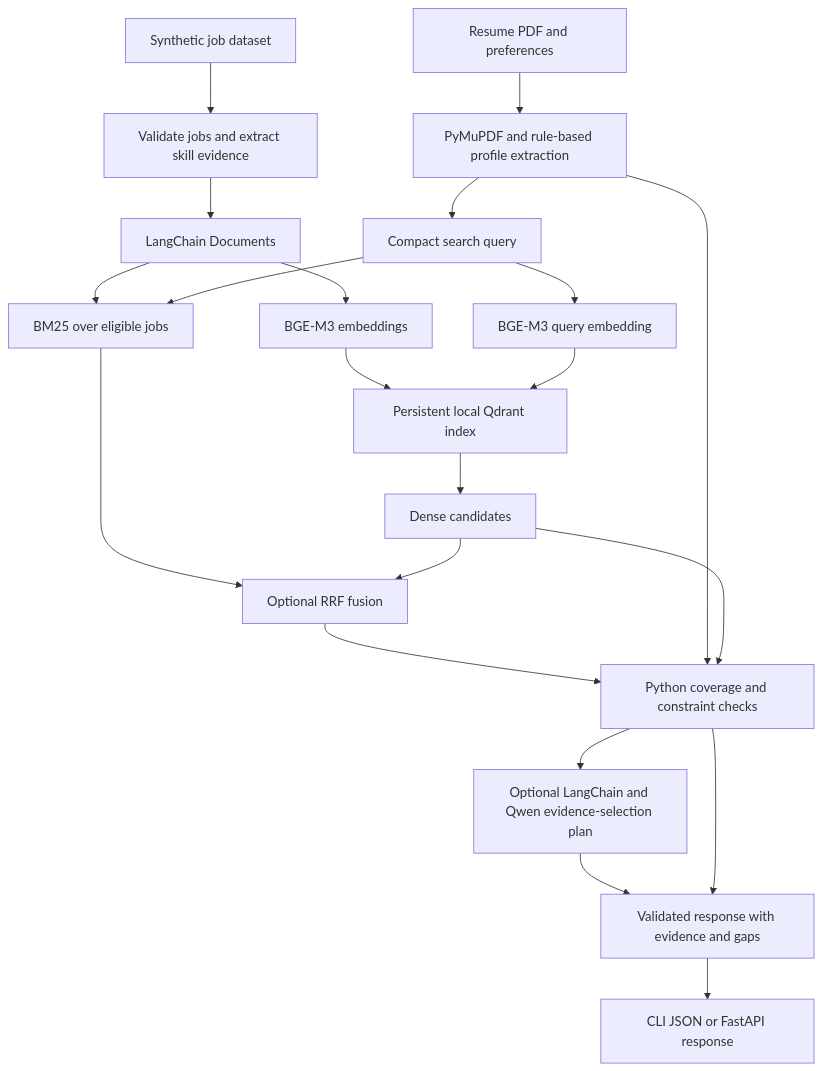
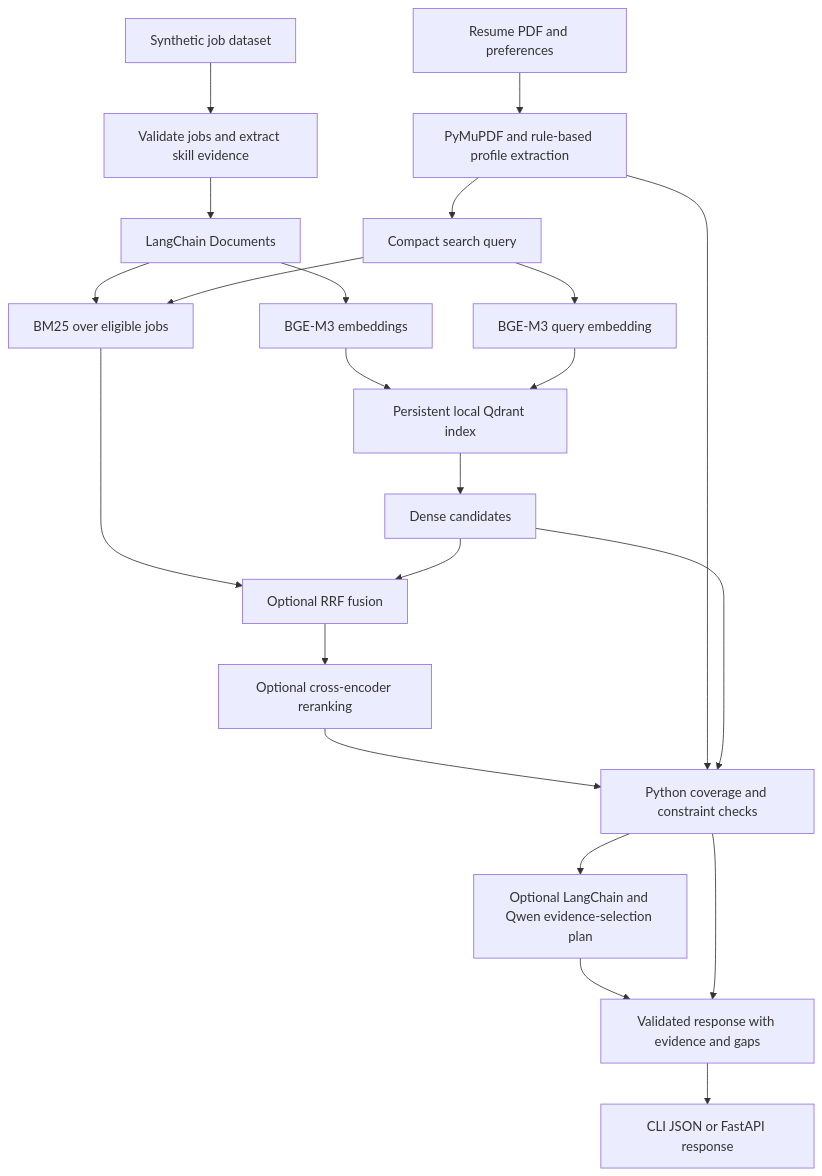
Before and after one commit to NehaarVeesam/Job-Fit: the diagram in README.md, drawn with Mermaid. The commit also changed other lines of this file and 16 other files, not shown here.

Commit message:
Add optional BGE cross-encoder reranking with verified benchmarks

````diff
--- a/README.md
+++ b/README.md
@@ -29,23 +29,24 @@
 ```mermaid
 flowchart TD
     A[Synthetic job dataset] --> B[Validate jobs and extract skill evidence]
     B --> C[LangChain Documents]
     C --> D[BGE-M3 embeddings]
     D --> E[Persistent local Qdrant index]
     F[Resume PDF and preferences] --> G[PyMuPDF and rule-based profile extraction]
     G --> H[Compact search query]
     H --> I[BGE-M3 query embedding]
     I --> E
     E --> J[Dense candidates]
     C --> O[BM25 over eligible jobs]
     H --> O
     O --> P[Optional RRF fusion]
     J --> P
-    P --> K
+    P --> R[Optional cross-encoder reranking]
+    R --> K
     G --> K[Python coverage and constraint checks]
     J --> K
     K --> L[Optional LangChain and Qwen evidence-selection plan]
     L --> M[Validated response with evidence and gaps]
     K --> M
     M --> N[CLI JSON or FastAPI response]
 ```
````
